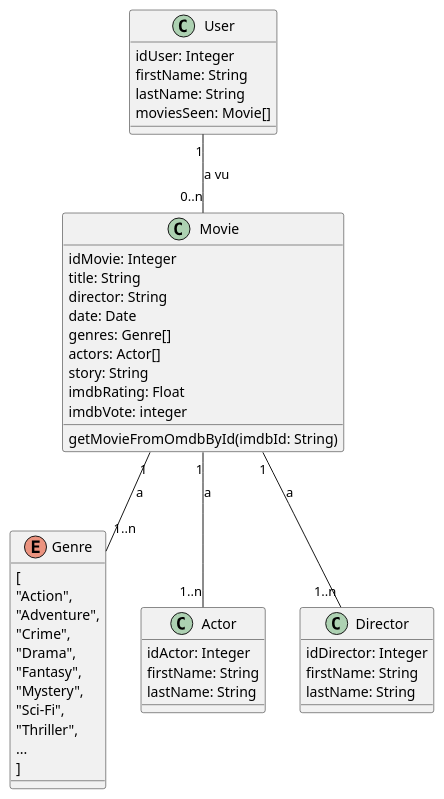
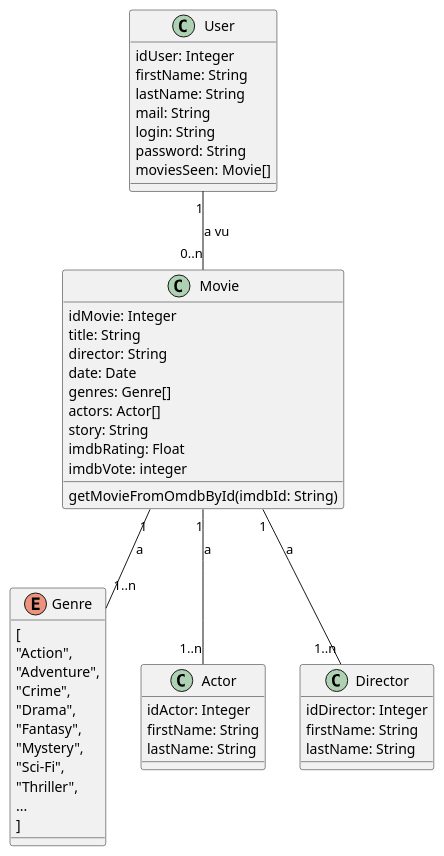
One commit to CiGit-Franck/stack-movie changed the diagram in api/stackmovie/src/main/java/fty/api/uml/stackmovie-mld.puml. Above: the diagram before and after it, drawn with PlantUML. The commit also changed 10 other files, not shown here.

```diff
--- a/api/stackmovie/src/main/java/fty/api/uml/stackmovie-mld.puml
+++ b/api/stackmovie/src/main/java/fty/api/uml/stackmovie-mld.puml
@@ -1,52 +1,55 @@
 @startuml
 Movie       "1" -- "1..n"    Genre : a
 Movie       "1" -- "1..n"    Actor : a
 Movie       "1" -- "1..n"    Director : a
 User        "1" -- "0..n"    Movie : a vu
 
 class Movie {
   idMovie: Integer
   title: String
   director: String
   date: Date
   genres: Genre[]
   actors: Actor[]
   story: String
   imdbRating: Float
   imdbVote: integer
   getMovieFromOmdbById(imdbId: String)
 }
 
 enum Genre {
   [
     "Action",
     "Adventure",
     "Crime",
     "Drama",
     "Fantasy",
     "Mystery",
     "Sci-Fi",
     "Thriller",
     ...
   ]
 }
 
 class Actor {
   idActor: Integer
   firstName: String
   lastName: String
 }
 
 class Director {
   idDirector: Integer
   firstName: String
   lastName: String
 }
 
 class User {
   idUser: Integer
   firstName: String
   lastName: String
+  mail: String
+  login: String 
+  password: String 
   moviesSeen: Movie[]
 }
 @enduml
```
